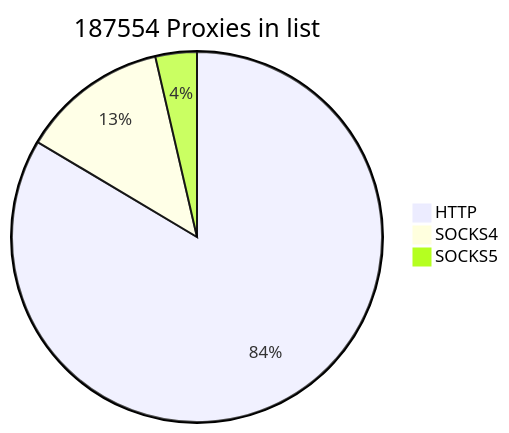
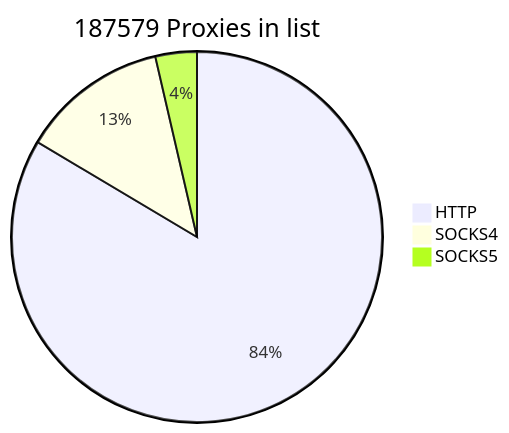
Before and after one commit to cutipu/proxylist: the first of 2 diagrams in README.md, drawn with Mermaid. The commit also changed other lines of this file, not shown here.

````diff
--- a/README.md
+++ b/README.md
@@ -2,7 +2,7 @@
 ```mermaid
-pie title 187554 Proxies in list
-    "HTTP" : 156707
-    "SOCKS4" : 24062
+pie title 187579 Proxies in list
+    "HTTP" : 156708
+    "SOCKS4" : 24086
     "SOCKS5" : 6785
             
 ```
````
